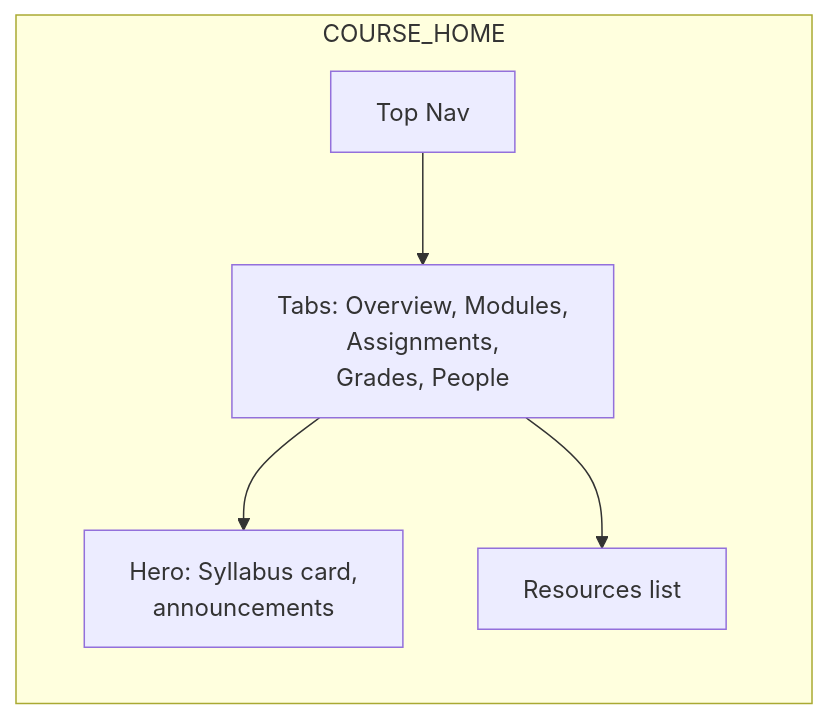
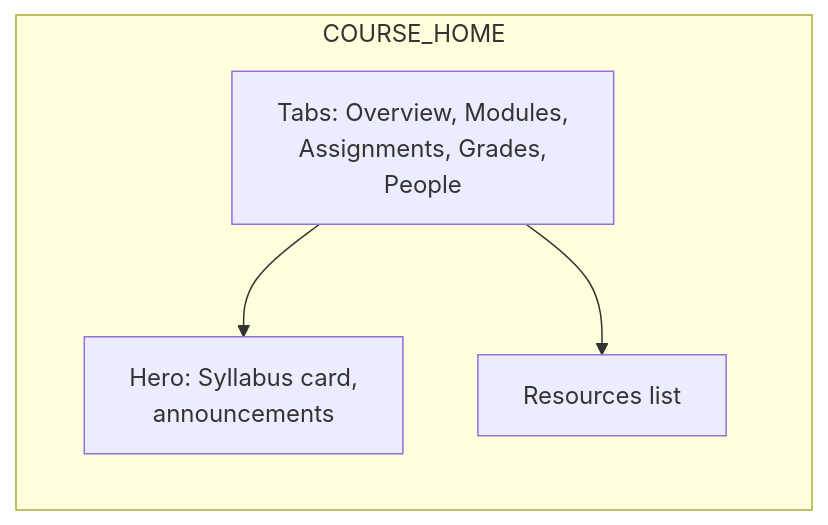
The second of 5 diagrams in apps/docs/public/wireframes.md (bzlatin/f25-cisc474-individual), drawn with Mermaid before and after one commit. The commit also changed other lines of this file and 4 other files, not shown here.

````diff
--- a/apps/docs/public/wireframes.md
+++ b/apps/docs/public/wireframes.md
@@ -25,15 +25,13 @@
 ```mermaid
 flowchart LR
   subgraph COURSE_HOME
-    A[Top Nav]
-    B[Tabs: Overview, Modules,
-    Assignments,
-    Grades, People]
-    C[Hero: Syllabus card,
+    A[Tabs: Overview, Modules,
+    Assignments, Grades,
+    People]
+    B[Hero: Syllabus card,
     announcements]
-    D[Resources list]
+    C[Resources list]
   end
   A --> B
-  B --> C
-  B --> D
+  A --> C
 ```
````
